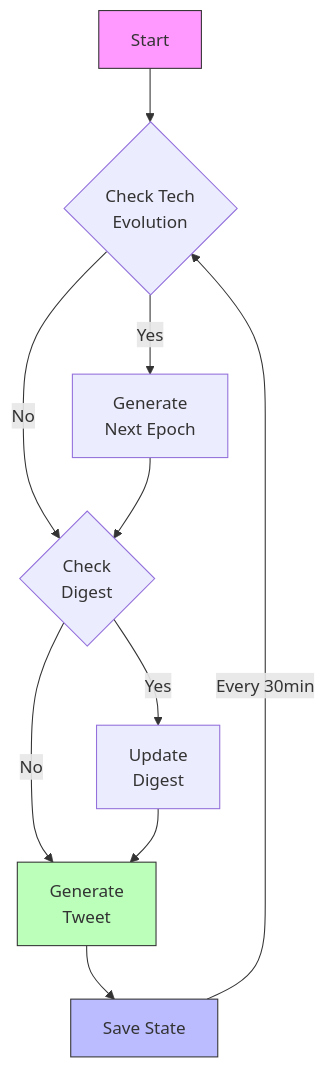
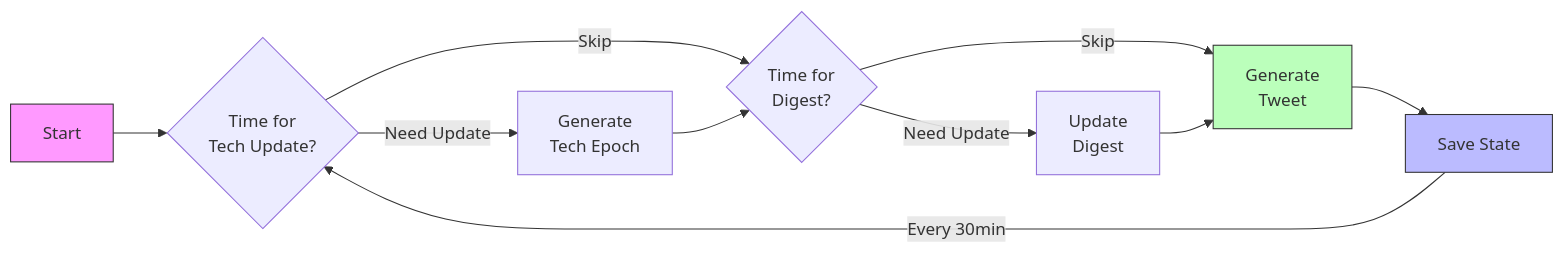
One commit to chenzhisen/XaviersSimACTII changed the diagram in README.md. Above: the diagram before and after it, drawn with Mermaid.

Commit message:
docs: streamline README documentation - Remove redundant sections - Improve clarity of workflow description - Simplify project structure descriptions - Consolidate feature descriptions - Make formatting more consistent

````diff
--- a/README.md
+++ b/README.md
@@ -41,16 +41,16 @@
 ```mermaid
-graph TD
-    A[Start] --> B{Check Tech<br/>Evolution}
-    B -- Yes --> C[Generate<br/>Next Epoch]
-    B -- No --> D{Check<br/>Digest}
+graph LR
+    A[Start] --> B{Time for<br/>Tech Update?}
+    B -- Need Update --> C[Generate<br/>Tech Epoch]
+    B -- Skip --> D{Time for<br/>Digest?}
     C --> D
-    D -- Yes --> E[Update<br/>Digest]
-    D -- No --> F[Generate<br/>Tweet]
+    D -- Need Update --> E[Update<br/>Digest]
+    D -- Skip --> F[Generate<br/>Tweet]
     E --> F
     F --> G[Save State]
     G -->|Every 30min| B
     
     style A fill:#f9f,stroke:#333
     style G fill:#bbf,stroke:#333
     style F fill:#bfb,stroke:#333
 ```
````
